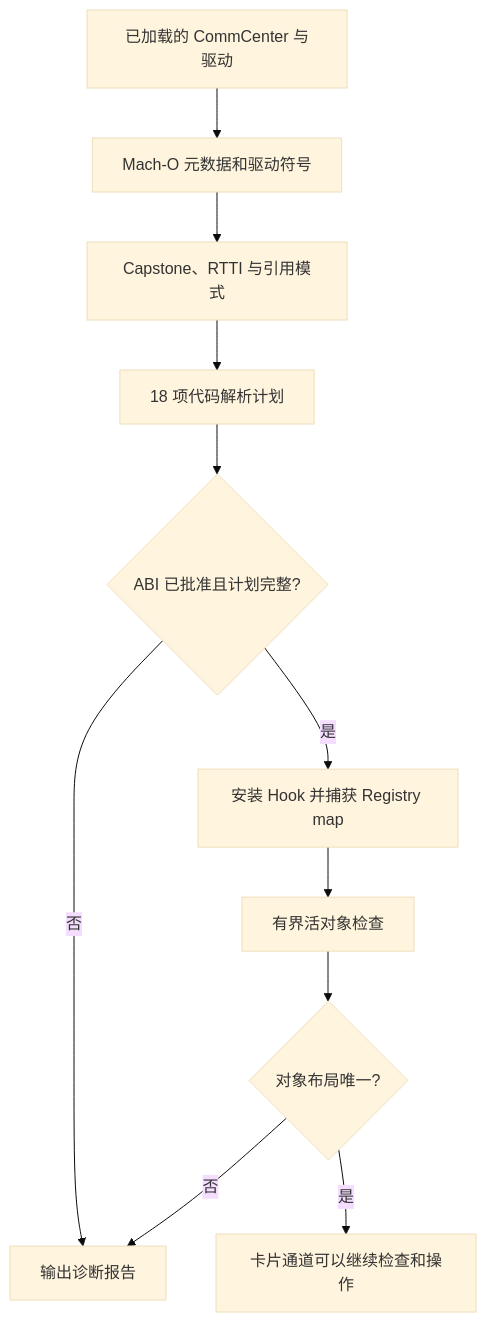
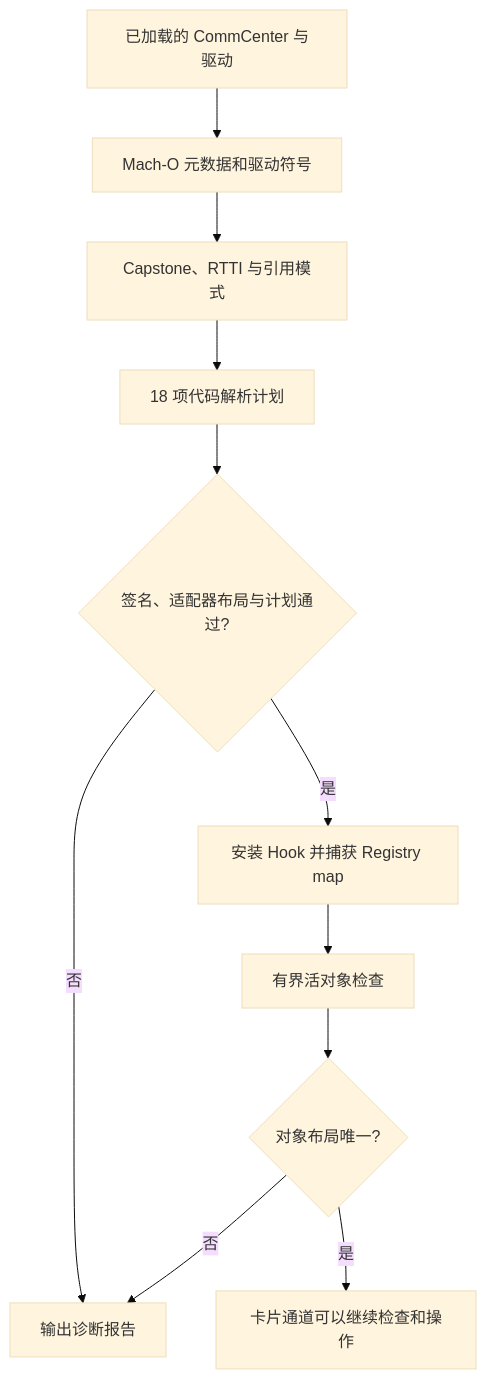
One commit to Officeyutong/SIMHarbor changed the diagram in docs/PATCHFINDER.zh-CN.md. Above: the diagram before and after it, drawn with Mermaid (base theme). The commit also changed other lines of this file and 27 other files, not shown here.

````diff
--- a/docs/PATCHFINDER.zh-CN.md
+++ b/docs/PATCHFINDER.zh-CN.md
@@ -11,13 +11,13 @@
 ```mermaid
 flowchart TD
     A[已加载的 CommCenter 与驱动] --> B[Mach-O 元数据和驱动符号]
     B --> C[Capstone、RTTI 与引用模式]
     C --> D[18 项代码解析计划]
-    D --> E{ABI 已批准且计划完整?}
+    D --> E{签名、适配器布局与计划通过?}
     E -- 否 --> F[输出诊断报告]
     E -- 是 --> G[安装 Hook 并捕获 Registry map]
     G --> H[有界活对象检查]
     H --> I{对象布局唯一?}
     I -- 否 --> F
     I -- 是 --> J[卡片通道可以继续检查和操作]
 ```
````
